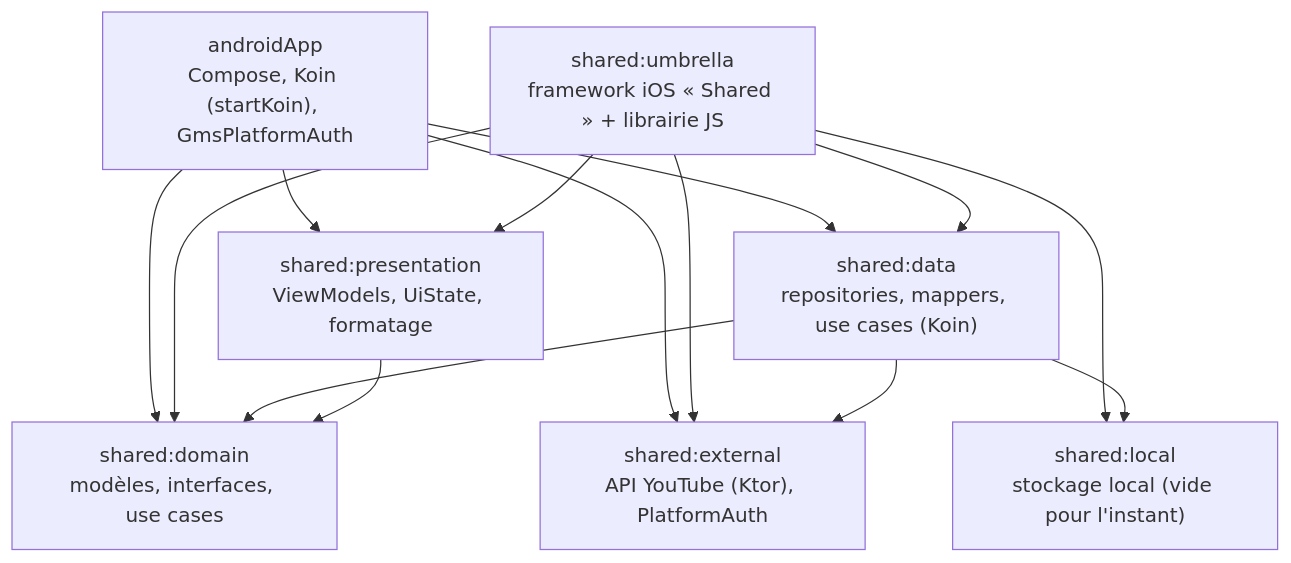
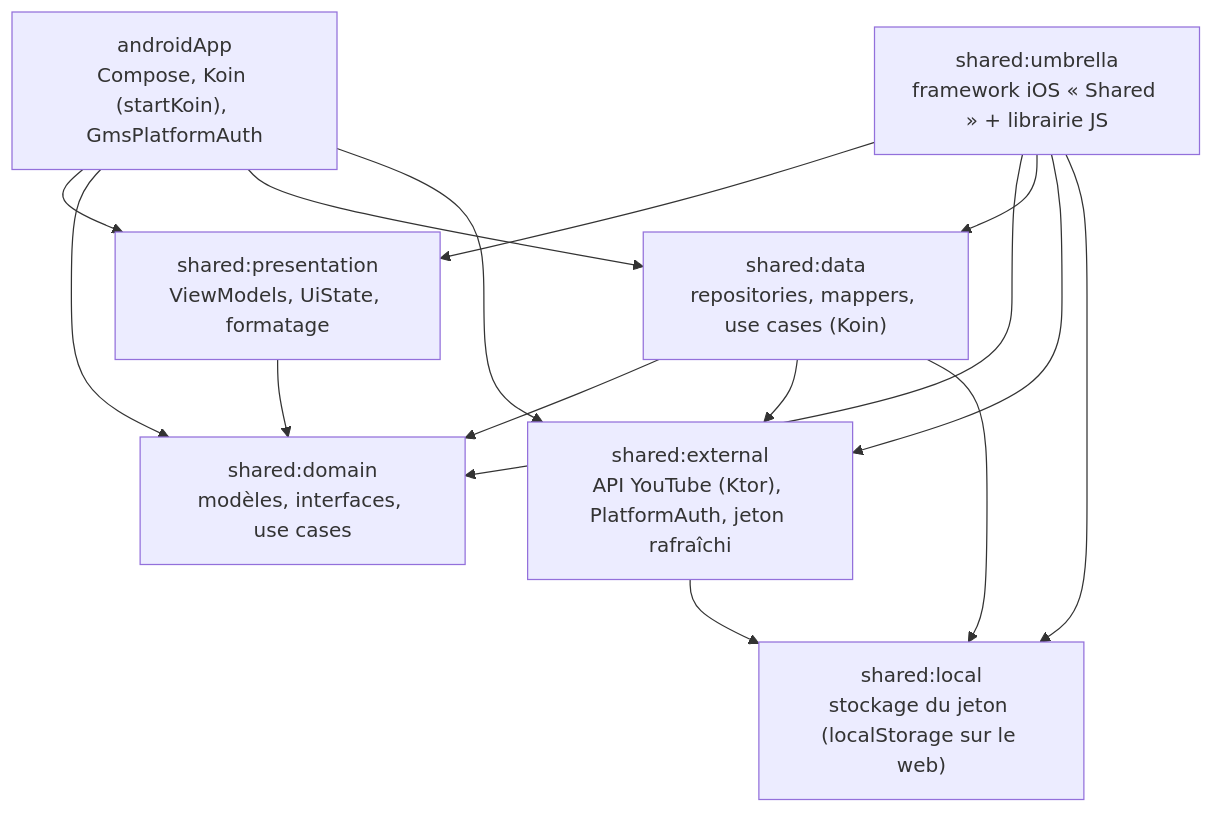
Before and after one commit to rlebranchu/ytblight: the diagram in CLAUDE.md, drawn with Mermaid. The commit also changed other lines of this file and 3 other files, not shown here.

First line of the commit message:
Revue web : arguments nommés des façades, imports, schéma des modules (external dépend de local)

````diff
--- a/CLAUDE.md
+++ b/CLAUDE.md
@@ -58,24 +58,25 @@
 ```mermaid
 graph TD
     androidApp["androidApp<br/>Compose, Koin (startKoin), GmsPlatformAuth"]
     umbrella["shared:umbrella<br/>framework iOS « Shared » + librairie JS"]
     presentation["shared:presentation<br/>ViewModels, UiState, formatage"]
     data["shared:data<br/>repositories, mappers, use cases (Koin)"]
     domain["shared:domain<br/>modèles, interfaces, use cases"]
-    external["shared:external<br/>API YouTube (Ktor), PlatformAuth"]
-    local["shared:local<br/>stockage local (vide pour l'instant)"]
+    external["shared:external<br/>API YouTube (Ktor), PlatformAuth, jeton rafraîchi"]
+    local["shared:local<br/>stockage du jeton (localStorage sur le web)"]
 
     androidApp --> presentation
     androidApp --> domain
     androidApp --> data
     androidApp --> external
     umbrella --> presentation
     umbrella --> domain
     umbrella --> data
     umbrella --> external
     umbrella --> local
     data --> domain
     data --> external
     data --> local
+    external --> local
     presentation --> domain
 ```
````
